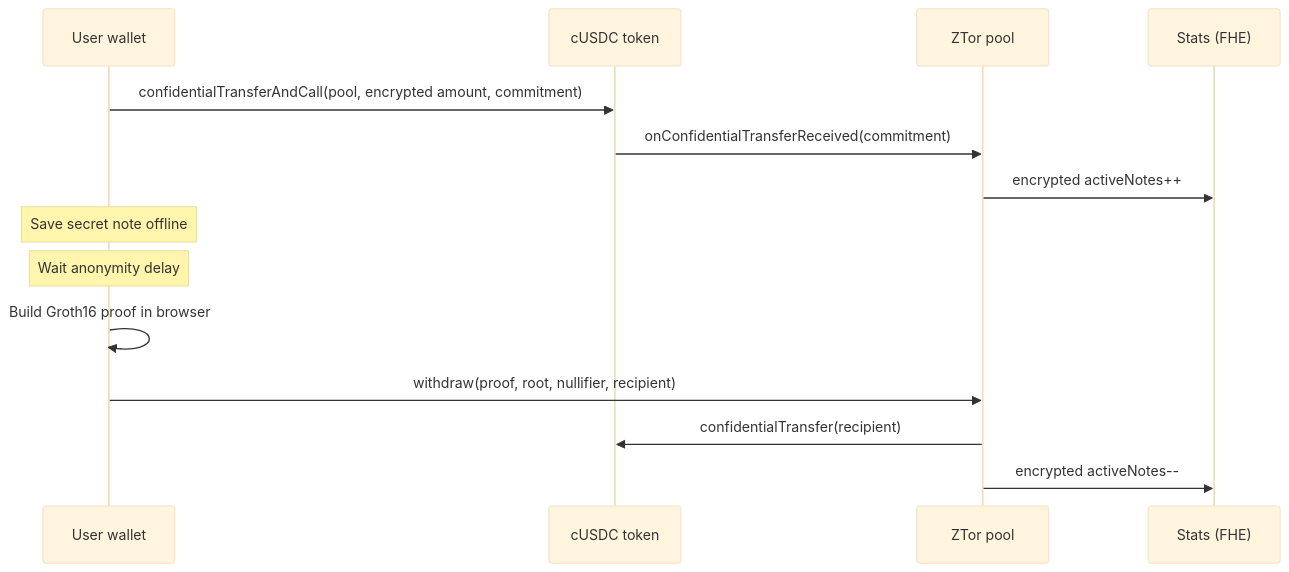
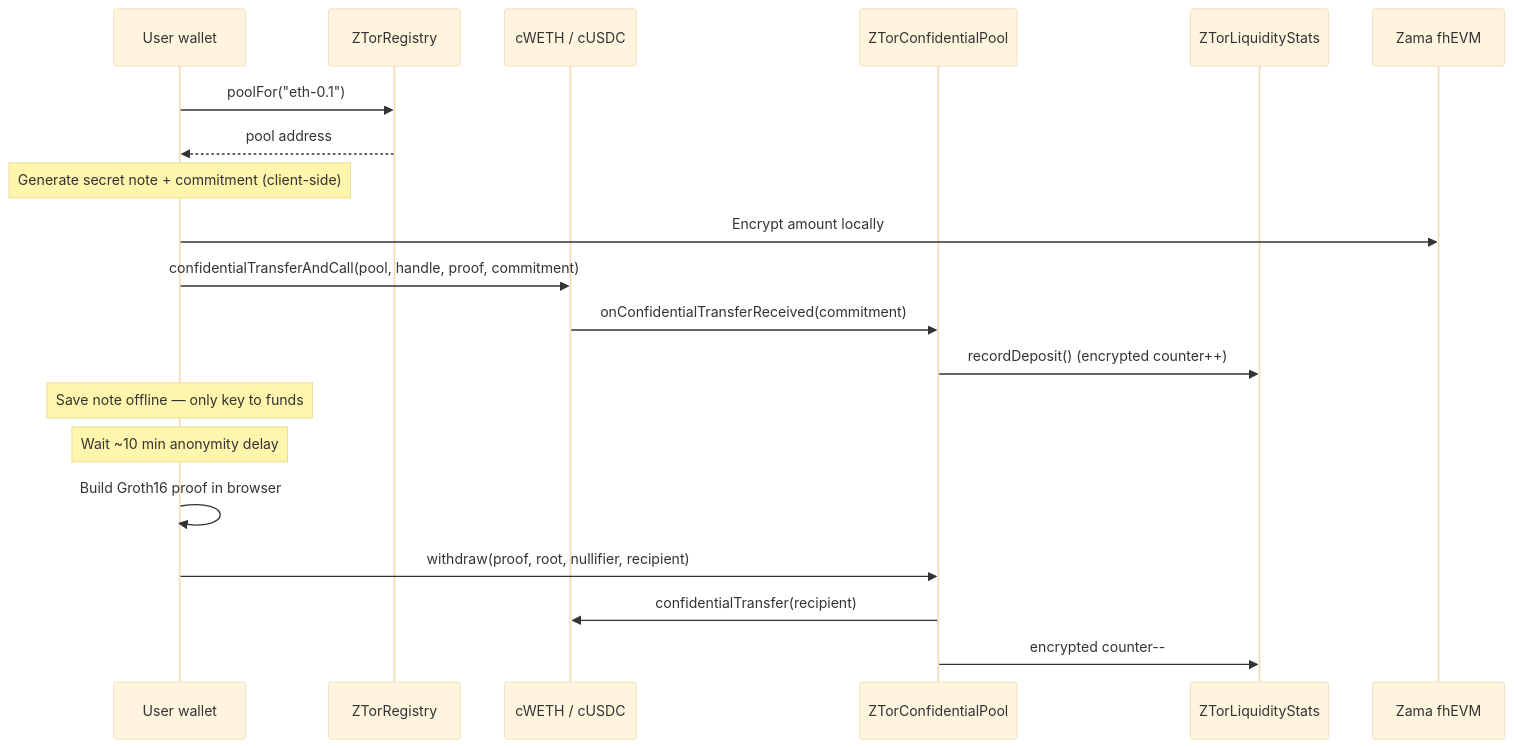
Before and after one commit to ramakrishnanhulk20/Z-Tor: the second of 3 diagrams in README.md, drawn with Mermaid (base theme). The commit also changed other lines of this file, not shown here.

````diff
--- a/README.md
+++ b/README.md
@@ -86,19 +168,26 @@
 ```mermaid
 sequenceDiagram
-  participant U as User wallet
-  participant C as cUSDC token
-  participant P as ZTor pool
-  participant S as Stats (FHE)
+    participant U as User wallet
+    participant R as ZTorRegistry
+    participant C as cWETH / cUSDC
+    participant P as ZTorConfidentialPool
+    participant S as ZTorLiquidityStats
+    participant F as Zama fhEVM
 
-  U->>C: confidentialTransferAndCall(pool, encrypted amount, commitment)
-  C->>P: onConfidentialTransferReceived(commitment)
-  P->>S: encrypted activeNotes++
-  Note over U: Save secret note offline
+    U->>R: poolFor("eth-0.1")
+    R-->>U: pool address
+    Note over U: Generate secret note + commitment (client-side)
 
-  Note over U: Wait anonymity delay
+    U->>F: Encrypt amount locally
+    U->>C: confidentialTransferAndCall(pool, handle, proof, commitment)
+    C->>P: onConfidentialTransferReceived(commitment)
+    P->>S: recordDeposit() (encrypted counter++)
+    Note over U: Save note offline — only key to funds
 
-  U->>U: Build Groth16 proof in browser
-  U->>P: withdraw(proof, root, nullifier, recipient)
-  P->>C: confidentialTransfer(recipient)
-  P->>S: encrypted activeNotes--
+    Note over U: Wait ~10 min anonymity delay
+
+    U->>U: Build Groth16 proof in browser
+    U->>P: withdraw(proof, root, nullifier, recipient)
+    P->>C: confidentialTransfer(recipient)
+    P->>S: encrypted counter--
 ```
````
